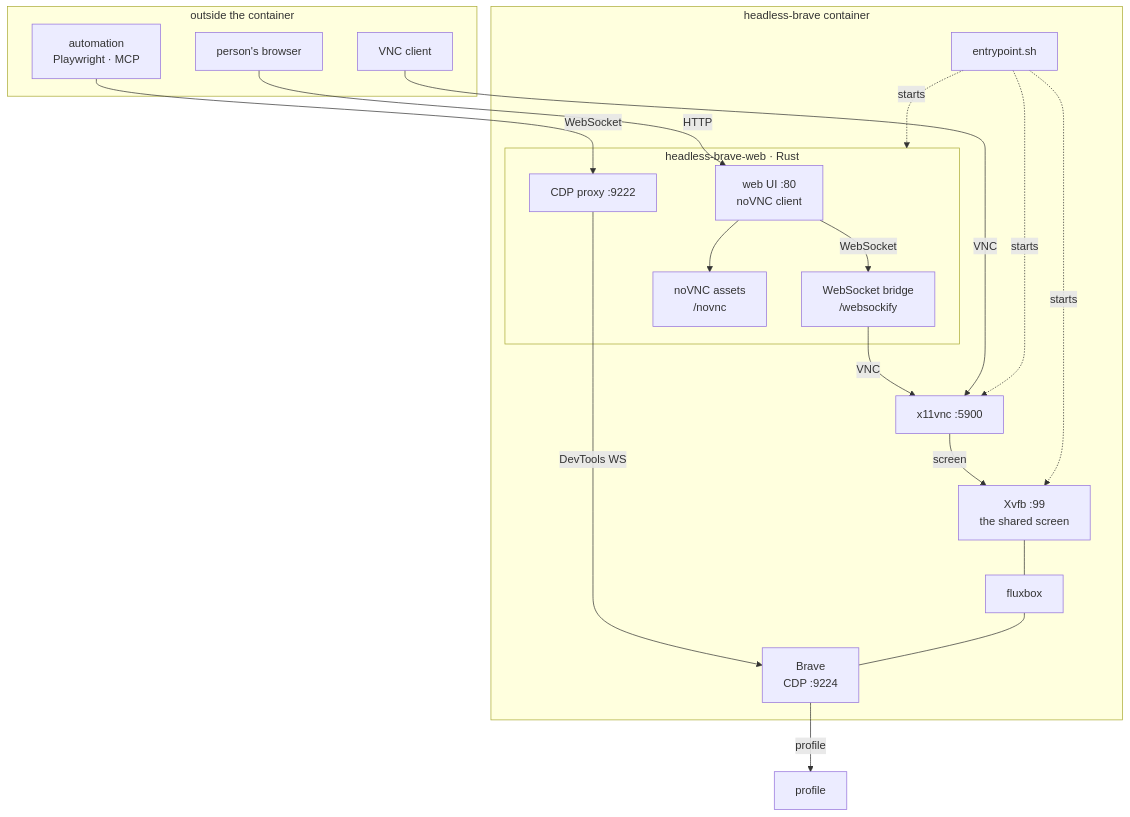
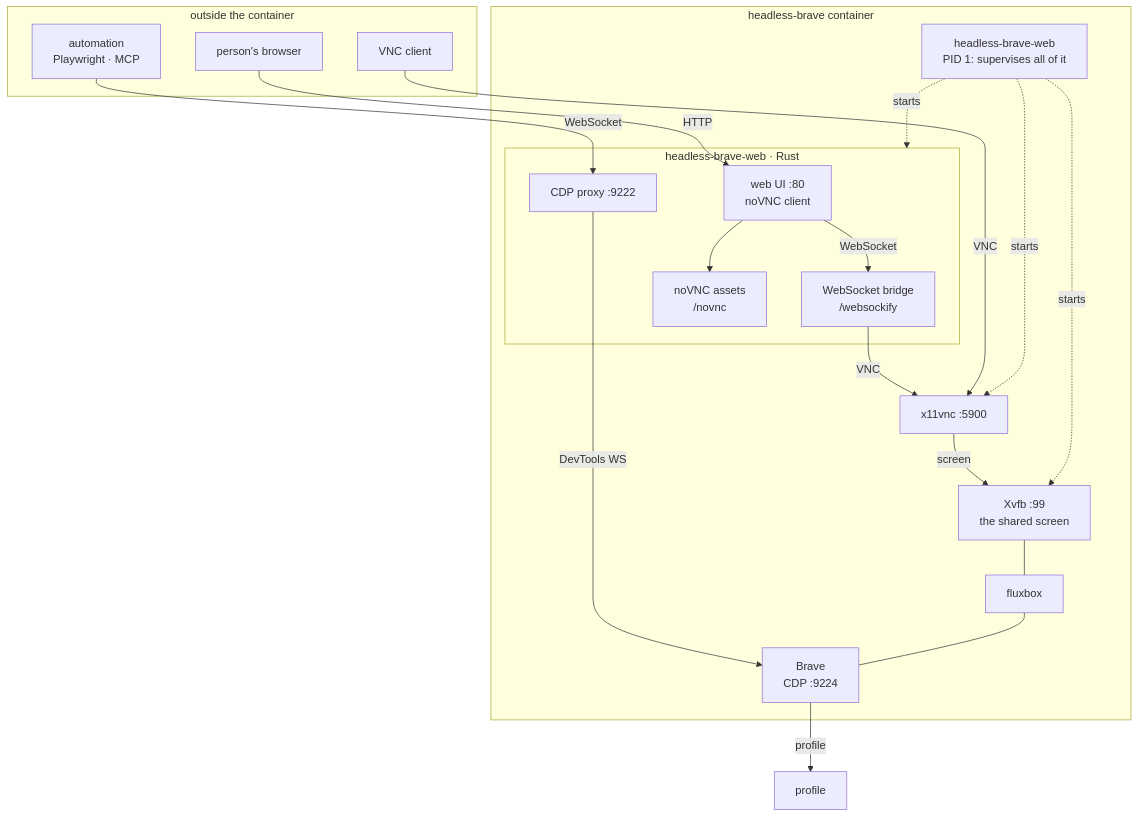
The diagram in README.md (Delnegend/headless-brave), drawn with Mermaid before and after one commit. The commit also changed other lines of this file and 8 other files, not shown here.

````diff
--- a/README.md
+++ b/README.md
@@ -184,37 +184,37 @@
 ```mermaid
 flowchart TB
     subgraph outside["outside the container"]
         person["person's browser"]
         vncclient["VNC client"]
         agent["automation<br/>Playwright · MCP"]
     end
 
     subgraph container["headless-brave container"]
-        entry["entrypoint.sh"]
+        entry["headless-brave-web<br/>PID 1: supervises all of it"]
         subgraph service["headless-brave-web · Rust"]
             webui["web UI :80<br/>noVNC client"]
             sockify["WebSocket bridge<br/>/websockify"]
             cdpproxy["CDP proxy :9222"]
             novnc["noVNC assets<br/>/novnc"]
         end
         xvfb["Xvfb :99<br/>the shared screen"]
         wm["fluxbox"]
         brave["Brave<br/>CDP :9224"]
         vnc["x11vnc :5900"]
     end
 
     person -- "HTTP" --> webui
     webui --> novnc
     webui -- "WebSocket" --> sockify
     sockify -- "VNC" --> vnc
     vncclient -- "VNC" --> vnc
     agent -- "WebSocket" --> cdpproxy
     cdpproxy -- "DevTools WS" --> brave
     brave -- "profile" --> profile
     vnc -- "screen" --> xvfb
     xvfb --- wm
     wm --- brave
     entry -. "starts" .-> xvfb
     entry -. "starts" .-> vnc
     entry -. "starts" .-> service
 ```
````
